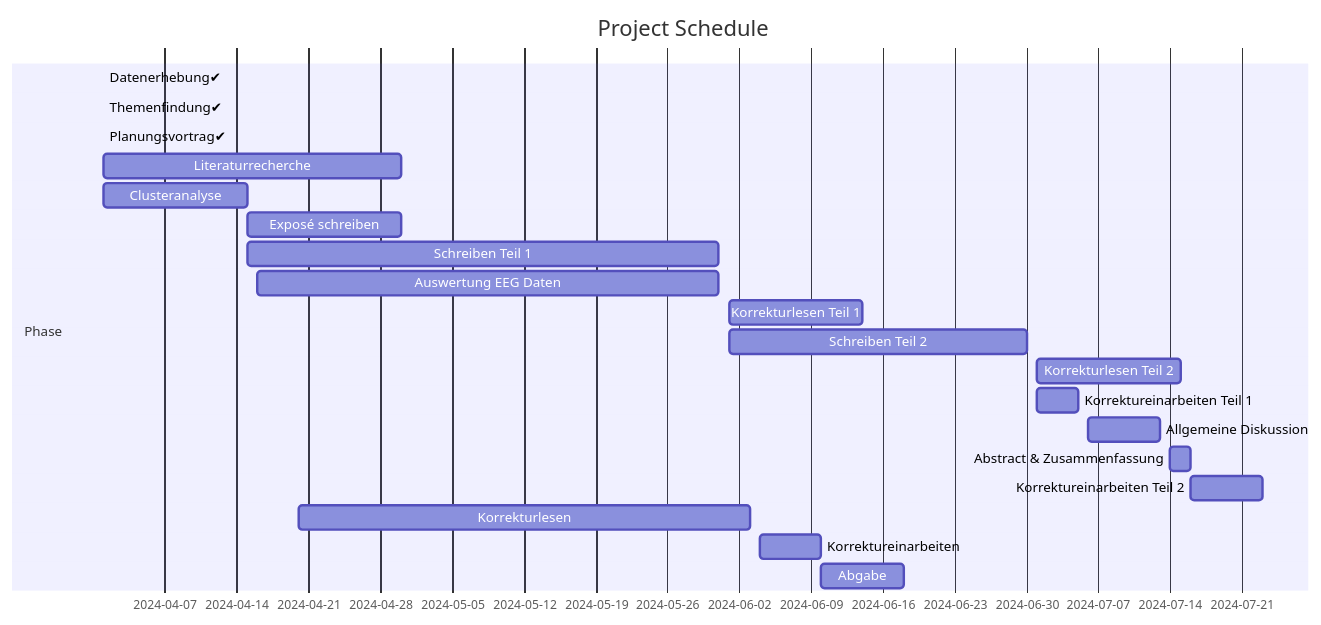
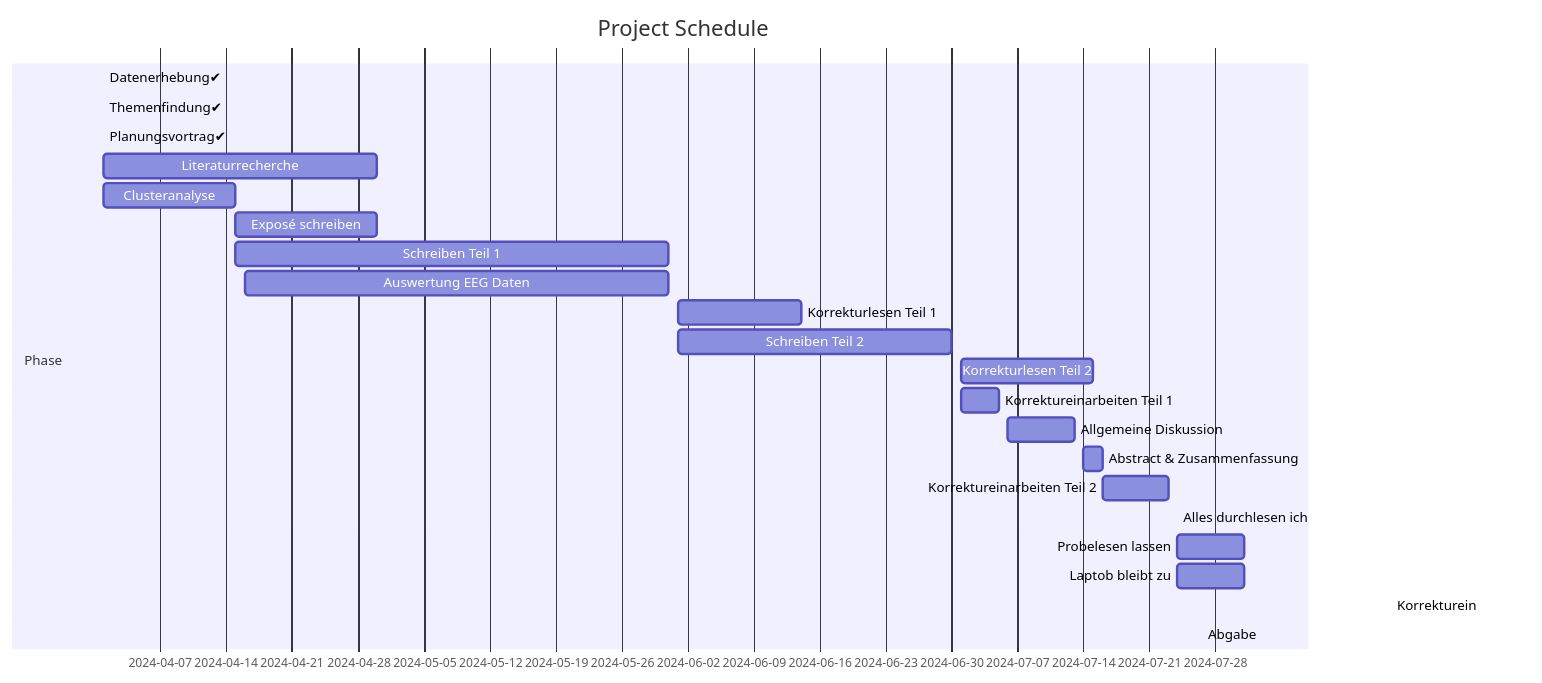
The diagram in README.md (JankaMarlene/masters_thesis), drawn with Mermaid before and after one commit.

````diff
--- a/README.md
+++ b/README.md
@@ -8,25 +8,27 @@
 ```mermaid
 gantt
     title Project Schedule
     dateFormat YYYY-MM-DD
 
     section Phase
     Datenerhebung✔            : 2024-04-01, 2024-04-01
     Themenfindung✔            : 2024-04-01, 2024-04-01
     Planungsvortrag✔          : 2024-04-01, 2024-04-01
     Literaturrecherche         : 2024-04-01, 2024-04-30
     Clusteranalyse             : 2024-04-01, 2024-04-15
     Exposé schreiben           : 2024-04-15, 2024-04-30
     Schreiben Teil 1           : 2024-04-15, 2024-05-31
     Auswertung EEG Daten       : 2024-04-16, 2024-05-31
     Korrekturlesen Teil 1      : 2024-06-01, 2024-06-14
     Schreiben Teil 2           : 2024-06-01, 2024-06-30
     Korrekturlesen Teil 2      : 2024-07-01, 2024-07-15
     Korrektureinarbeiten Teil 1 : 2024-07-01, 2024-07-05
     Allgemeine Diskussion      : 2024-07-06, 2024-07-13
     Abstract & Zusammenfassung : 2024-07-14, 2024-07-16
     Korrektureinarbeiten Teil 2 : 2024-07-16, 2024-07-23
-    Korrekturlesen             : 2024-04-20, 2024-06-03
-    Korrektureinarbeiten       : 2024-06-04, 2024-06-10           
-    Abgabe                     : 2024-06-10, 2024-06-18
+    Alles durchlesen ich       : 2024-07-24, 2024-07-24
+    Probelesen lassen          : 2024-07-24, 2024-07-31
+    Laptob bleibt zu           : 2024-07-24, 2024-07-31
+    Korrektureinarbeiten       : 2024-08-31, 2024-08-02           
+    Abgabe                     : 2024-08-02, 2024-08-02
 ```
````
